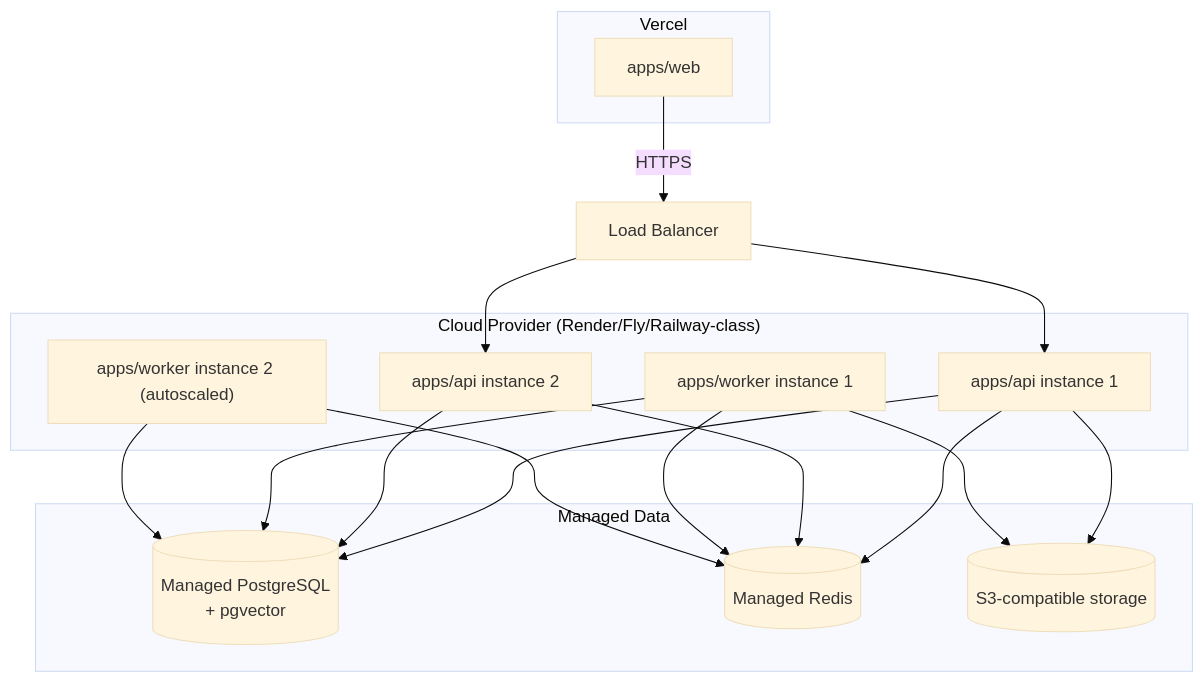
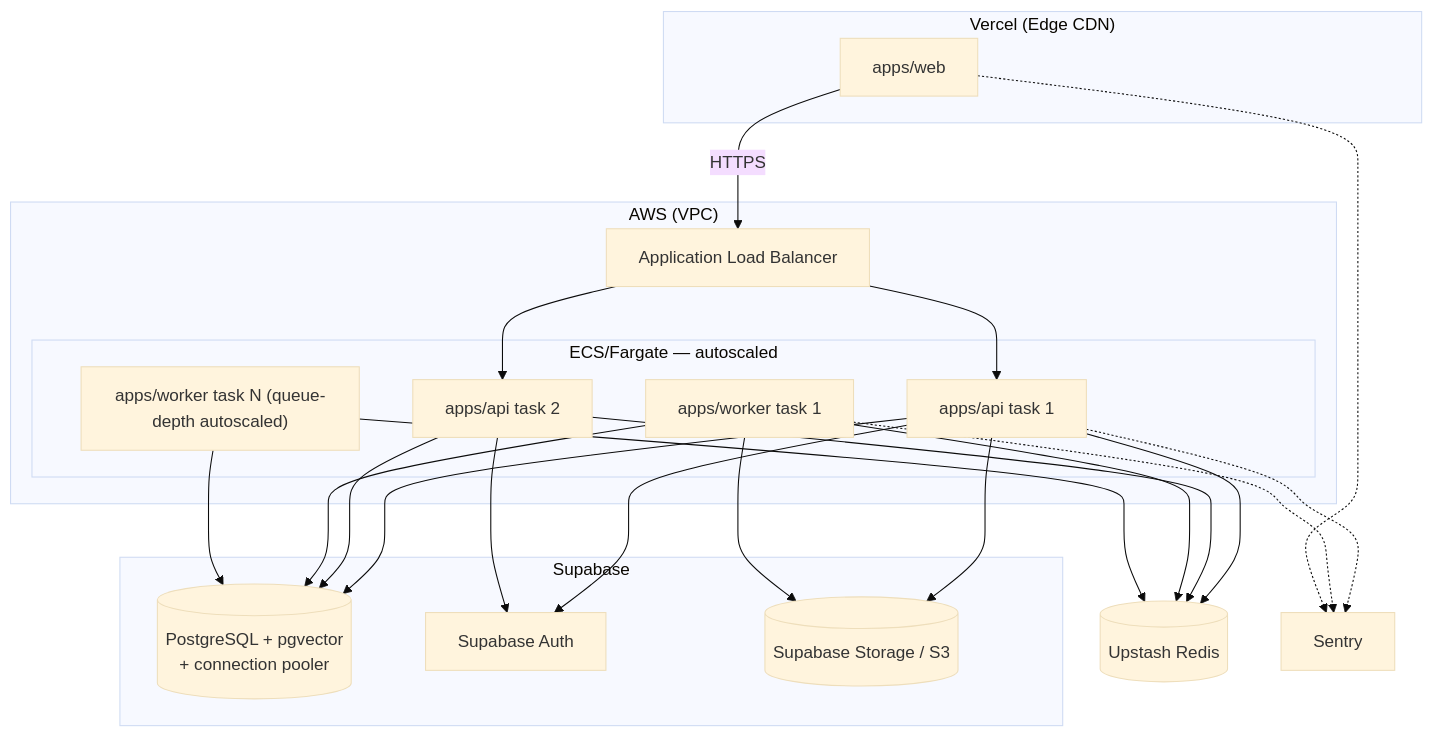
Before and after one commit to ArhamMinhas/CareerAI: the fifth of 5 diagrams in docs/ARCHITECTURE.md, drawn with Mermaid (base theme). The commit also changed other lines of this file and 7 other files, not shown here.

````diff
--- a/docs/ARCHITECTURE.md
+++ b/docs/ARCHITECTURE.md
@@ -164,30 +206,41 @@
 ```mermaid
 flowchart TB
-    subgraph Vercel
+    subgraph Vercel["Vercel (Edge CDN)"]
         web["apps/web"]
     end
-    subgraph "Cloud Provider (Render/Fly/Railway-class)"
-        api1["apps/api instance 1"]
-        api2["apps/api instance 2"]
-        worker1["apps/worker instance 1"]
-        worker2["apps/worker instance 2 (autoscaled)"]
+    subgraph AWS["AWS (VPC)"]
+        subgraph ECS["ECS/Fargate — autoscaled"]
+            api1["apps/api task 1"]
+            api2["apps/api task 2"]
+            worker1["apps/worker task 1"]
+            worker2["apps/worker task N (queue-depth autoscaled)"]
+        end
+        alb["Application Load Balancer"]
     end
-    subgraph Managed Data
-        pg[("Managed PostgreSQL\n+ pgvector")]
-        redis[("Managed Redis")]
-        s3[("S3-compatible storage")]
+    subgraph Supabase
+        pg[("PostgreSQL + pgvector\n+ connection pooler")]
+        auth["Supabase Auth"]
+        storage[("Supabase Storage / S3")]
     end
-    lb["Load Balancer"] --> api1
-    lb --> api2
-    web -->|HTTPS| lb
+    upstash[("Upstash Redis")]
+    sentry["Sentry"]
+
+    web -->|HTTPS| alb
+    alb --> api1
+    alb --> api2
     api1 --> pg
     api2 --> pg
-    api1 --> redis
-    api2 --> redis
+    api1 --> auth
+    api2 --> auth
+    api1 --> upstash
+    api2 --> upstash
+    api1 --> storage
     worker1 --> pg
     worker2 --> pg
-    worker1 --> redis
-    worker2 --> redis
-    api1 --> s3
-    worker1 --> s3
+    worker1 --> upstash
+    worker2 --> upstash
+    worker1 --> storage
+    api1 -.-> sentry
+    worker1 -.-> sentry
+    web -.-> sentry
 ```
````
